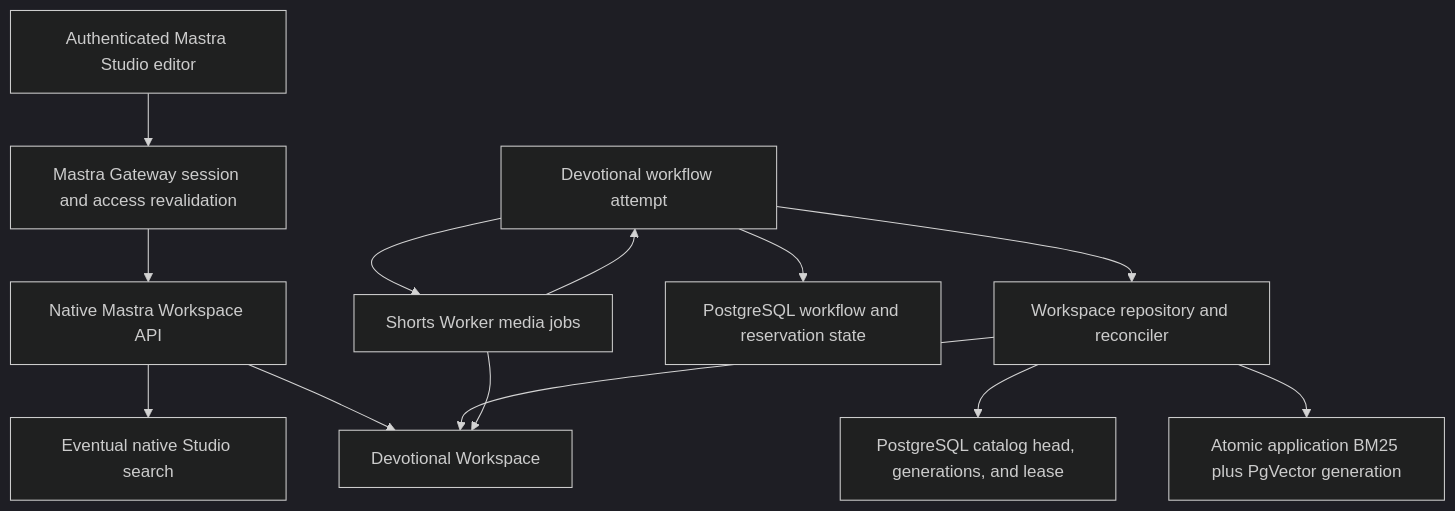
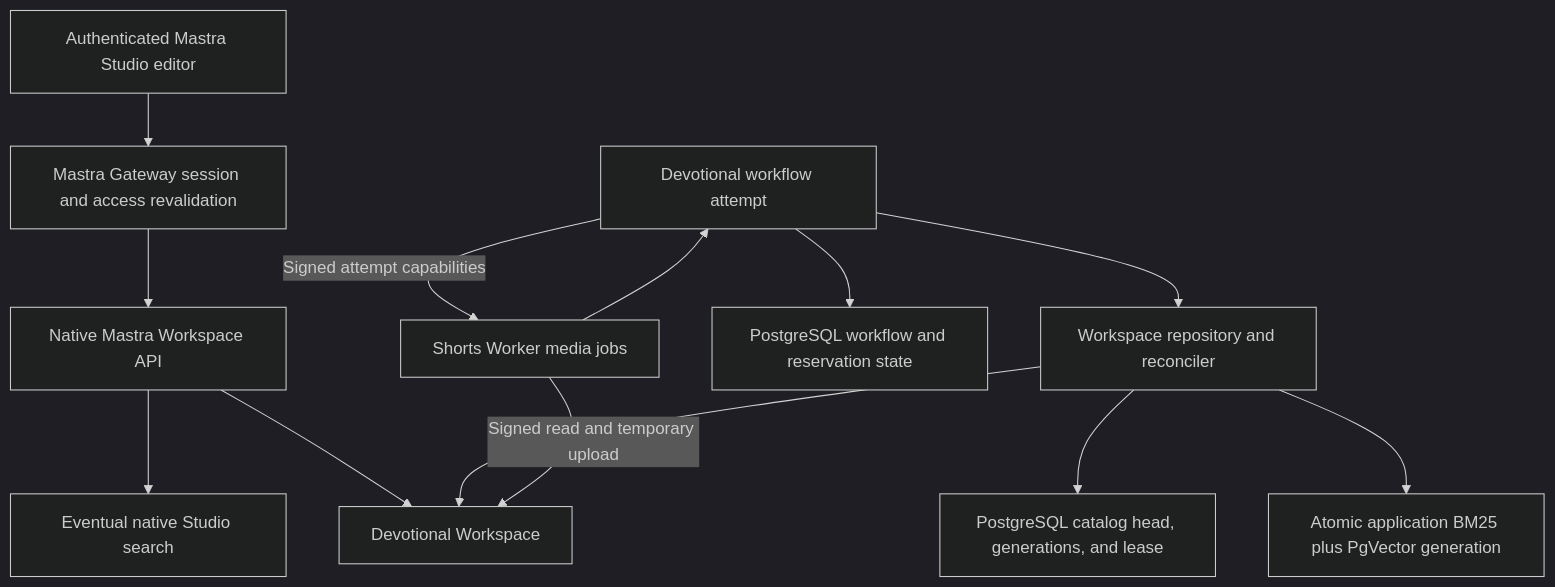
Before and after one commit to JesusFilm/forge: the first of 4 diagrams in docs/plans/2026-07-31-001-feat-devotional-workspace-data-plane-plan.md, drawn with Mermaid (dark theme). The commit also changed other lines of this file and 34 other files, not shown here.

````diff
--- a/docs/plans/2026-07-31-001-feat-devotional-workspace-data-plane-plan.md
+++ b/docs/plans/2026-07-31-001-feat-devotional-workspace-data-plane-plan.md
@@ -101,15 +108,15 @@
 ```mermaid
 flowchart TB
   Studio["Authenticated Mastra Studio editor"] --> Gateway["Mastra Gateway session and access revalidation"]
   Gateway --> WorkspaceAPI["Native Mastra Workspace API"]
   WorkspaceAPI --> Workspace["Devotional Workspace"]
   WorkspaceAPI --> StudioSearch["Eventual native Studio search"]
   Workflow["Devotional workflow attempt"] --> Repository["Workspace repository and reconciler"]
   Repository --> Workspace
   Repository --> Search["Atomic application BM25 plus PgVector generation"]
   Repository --> Catalog["PostgreSQL catalog head, generations, and lease"]
   Workflow --> State["PostgreSQL workflow and reservation state"]
-  Workflow --> Worker["Shorts Worker media jobs"]
-  Worker --> Workspace
+  Workflow -->|"Signed attempt capabilities"| Worker["Shorts Worker media jobs"]
+  Worker -->|"Signed read and temporary upload"| Workspace
   Worker --> Workflow
 ```
````
